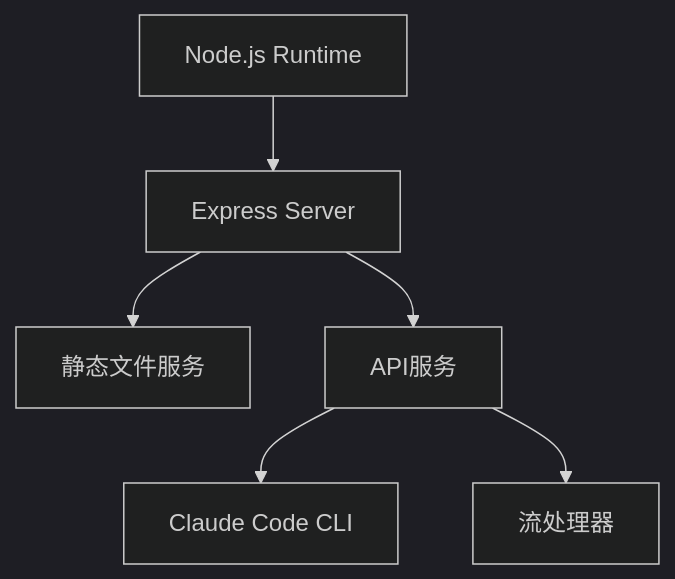
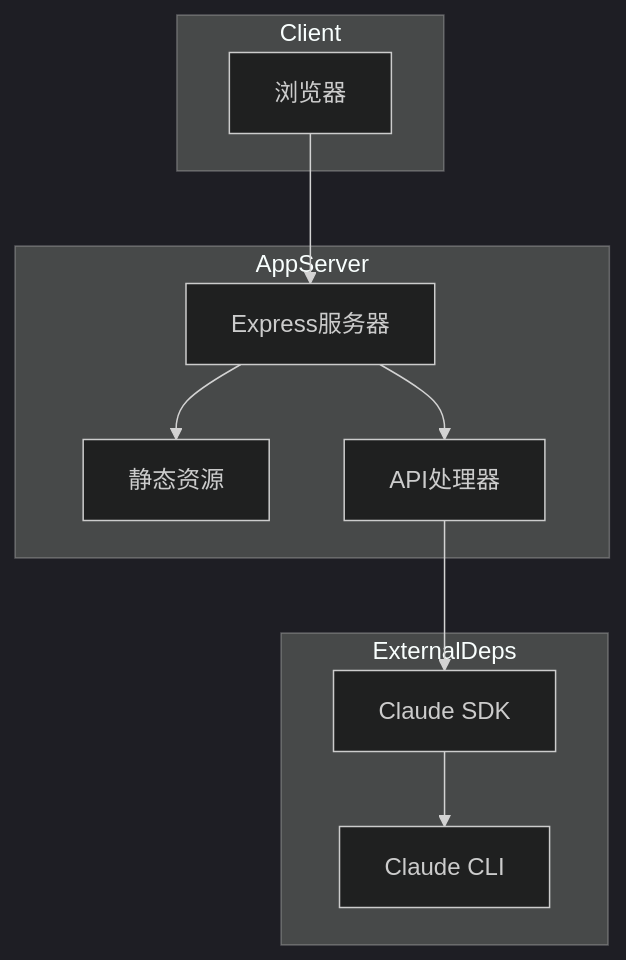
The third of 5 diagrams in demo-real/demo-real-Technical-Overview.md (danielli0522/cc-sdk-demo), drawn with Mermaid (dark theme) before and after one commit. The commit also changed other lines of this file and 44 other files, not shown here.

````diff
--- a/demo-real/demo-real-Technical-Overview.md
+++ b/demo-real/demo-real-Technical-Overview.md
@@ -64,8 +114,23 @@
 ```mermaid
 graph TD
-    A[Node.js Runtime] --> B[Express Server]
-    B --> C[静态文件服务]
-    B --> D[API服务]
-    D --> E[Claude Code CLI]
-    D --> F[流处理器]
+    subgraph Client
+        Browser[浏览器]
+    end
+    
+    subgraph AppServer
+        Express[Express服务器]
+        Static[静态资源]
+        APIHandlers[API处理器]
+    end
+    
+    subgraph ExternalDeps
+        ClaudeSDK[Claude SDK]
+        CLI[Claude CLI]
+    end
+    
+    Browser --> Express
+    Express --> Static
+    Express --> APIHandlers
+    APIHandlers --> ClaudeSDK
+    ClaudeSDK --> CLI
 ```
````
